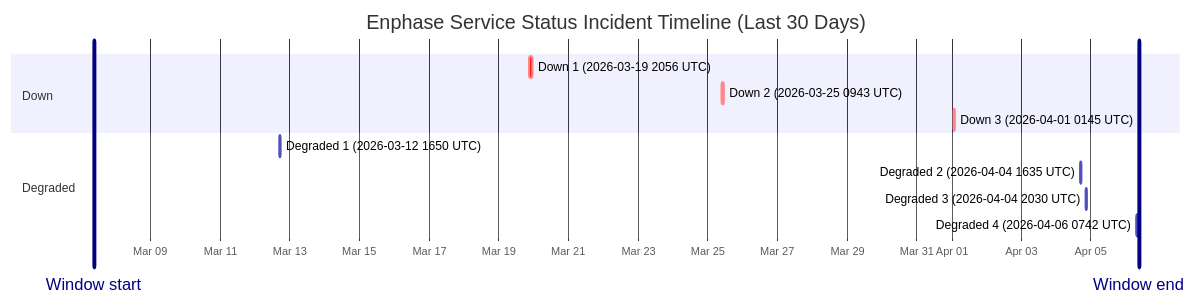
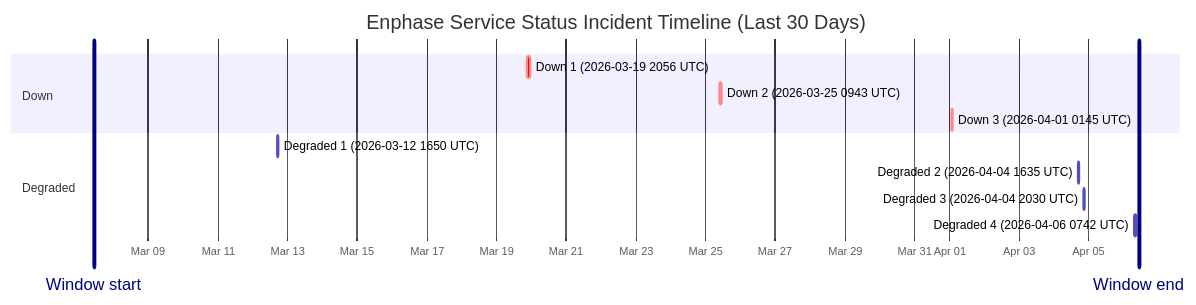
Before and after one commit to barneyonline/ha-enphase-ev-charger: the diagram in wiki/Service-Status-History.md, drawn with Mermaid. The commit also changed other lines of this file and 3 other files, not shown here.

````diff
--- a/wiki/Service-Status-History.md
+++ b/wiki/Service-Status-History.md
@@ -14,17 +14,17 @@
 ```mermaid
 gantt
     title Enphase Service Status Incident Timeline (Last 30 Days)
     dateFormat  YYYY-MM-DDTHH:mm:ss
     axisFormat  %b %d
-    Window start :vert, window-start, 2026-03-07T09:08:02, 0ms
-    Window end :vert, window-end, 2026-04-06T09:08:02, 0ms
+    Window start :vert, window-start, 2026-03-07T10:36:49, 0ms
+    Window end :vert, window-end, 2026-04-06T10:36:49, 0ms
     section Down
     Down 1 (2026-03-19 2056 UTC) :crit, down-1, 2026-03-19T20:56:20, 145m
     Down 2 (2026-03-25 0943 UTC) :crit, down-2, 2026-03-25T09:43:28, 111m
     Down 3 (2026-04-01 0145 UTC) :crit, down-3, 2026-04-01T01:45:09, 60m
     section Degraded
     Degraded 1 (2026-03-12 1650 UTC) :active, degraded-1, 2026-03-12T16:50:43, 60m
     Degraded 2 (2026-04-04 1635 UTC) :active, degraded-2, 2026-04-04T16:35:17, 60m
     Degraded 3 (2026-04-04 2030 UTC) :active, degraded-3, 2026-04-04T20:30:40, 60m
     Degraded 4 (2026-04-06 0742 UTC) :active, degraded-4, 2026-04-06T07:42:09, 85m
 ```
````
